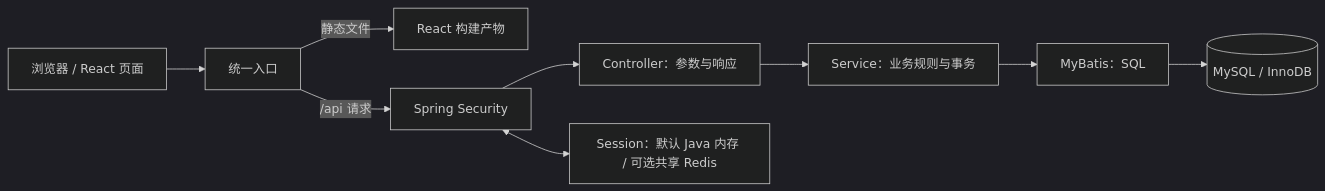
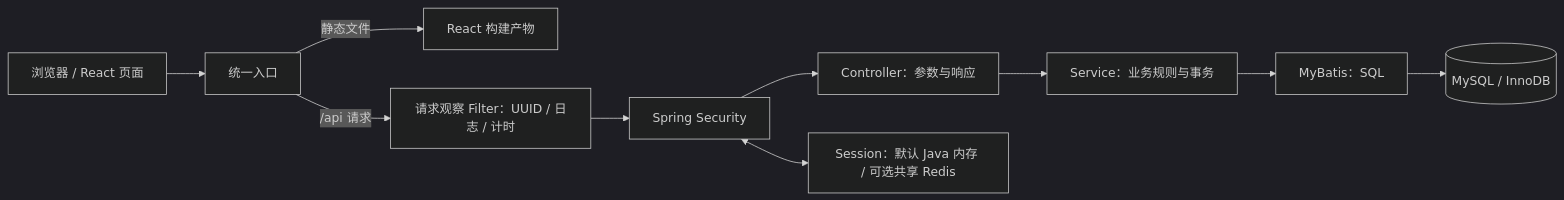
The diagram in docs/architecture.md (GTASDAW/MYCODE), drawn with Mermaid (dark theme) before and after one commit. The commit also changed other lines of this file and 7 other files, not shown here.

````diff
--- a/docs/architecture.md
+++ b/docs/architecture.md
@@ -18,11 +19,12 @@
 ```mermaid
 flowchart LR
     B[浏览器 / React 页面] --> P[统一入口]
     P -->|静态文件| F[React 构建产物]
-    P -->|/api 请求| S[Spring Security]
+    P -->|/api 请求| O[请求观察 Filter：UUID / 日志 / 计时]
+    O --> S[Spring Security]
     S --> C[Controller：参数与响应]
     C --> V[Service：业务规则与事务]
     V --> M[MyBatis：SQL]
     M --> D[(MySQL / InnoDB)]
     S <--> H[Session：默认 Java 内存 / 可选共享 Redis]
 ```
````
